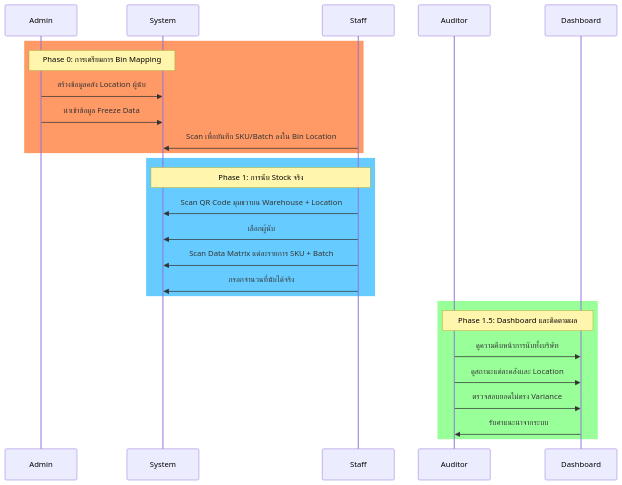
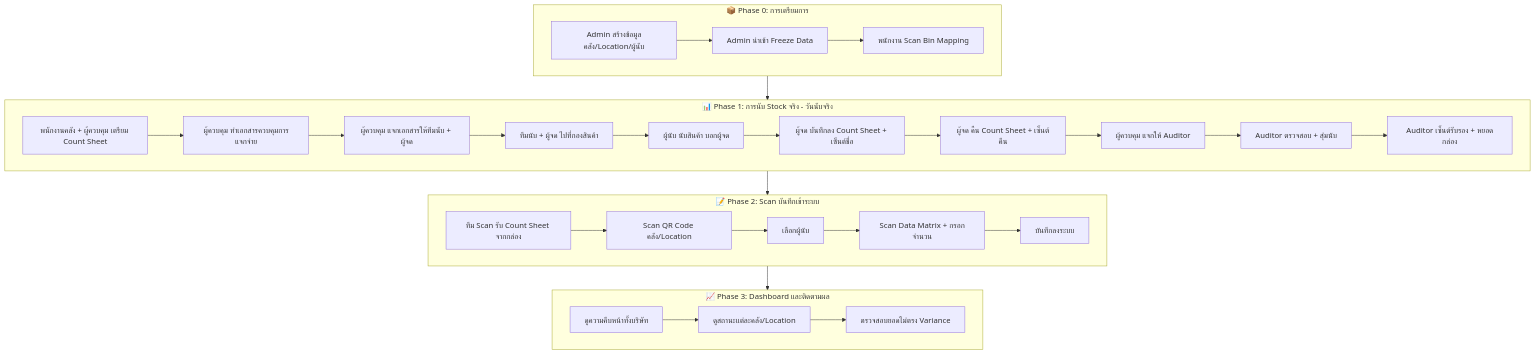
The first of 5 diagrams in user-manual.md (atchari/StockCountingAlm2025), drawn with Mermaid before and after one commit. The commit also changed other lines of this file and 85 other files, not shown here.

````diff
--- a/user-manual.md
+++ b/user-manual.md
@@ -53,31 +60,41 @@
 ```mermaid
-sequenceDiagram
-    participant Admin
-    participant System
-    participant Staff
-    participant Auditor
-    participant Dashboard
-    
-    rect rgb(255, 153, 102)
-    Note over Admin,System: Phase 0: การเตรียมการ Bin Mapping
-    Admin->>System: สร้างข้อมูลคลัง Location ผู้นับ
-    Admin->>System: นำเข้าข้อมูล Freeze Data
-    Staff->>System: Scan เพื่อบันทึก SKU/Batch ลงใน Bin Location
+flowchart TB
+    subgraph Phase0["📦 Phase 0: การเตรียมการ"]
+        A1[Admin สร้างข้อมูลคลัง/Location/ผู้นับ]
+        A2[Admin นำเข้า Freeze Data]
+        A3[พนักงาน Scan Bin Mapping]
+        A1 --> A2 --> A3
     end
     
-    rect rgb(102, 204, 255)
-    Note over Staff,System: Phase 1: การนับ Stock จริง
-    Staff->>System: Scan QR Code มุมขวาบน Warehouse + Location
-    Staff->>System: เลือกผู้นับ
-    Staff->>System: Scan Data Matrix แต่ละรายการ SKU + Batch
-    Staff->>System: กรอกจำนวนที่นับได้จริง
+    subgraph Phase1["📊 Phase 1: การนับ Stock จริง - วันนับจริง"]
+        B1[พนักงานคลัง + ผู้ควบคุม เตรียม Count Sheet]
+        B2[ผู้ควบคุม ทำเอกสารควบคุมการแจกจ่าย]
+        B3[ผู้ควบคุม แจกเอกสารให้ทีมนับ + ผู้จด]
+        B4[ทีมนับ + ผู้จด ไปที่กองสินค้า]
+        B5[ผู้นับ นับสินค้า บอกผู้จด]
+        B6[ผู้จด บันทึกลง Count Sheet + เซ็นต์ชื่อ]
+        B7[ผู้จด คืน Count Sheet + เซ็นต์คืน]
+        B8[ผู้ควบคุม แจกให้ Auditor]
+        B9[Auditor ตรวจสอบ + สุ่มนับ]
+        B10[Auditor เซ็นต์รับรอง + หยอดกล่อง]
+        B1 --> B2 --> B3 --> B4 --> B5 --> B6 --> B7 --> B8 --> B9 --> B10
     end
     
-    rect rgb(153, 255, 153)
-    Note over Auditor,Dashboard: Phase 1.5: Dashboard และติดตามผล
-    Auditor->>Dashboard: ดูความคืบหน้าการนับทั้งบริษัท
-    Auditor->>Dashboard: ดูสถานะแต่ละคลังและ Location
-    Auditor->>Dashboard: ตรวจสอบยอดไม่ตรง Variance
-    Dashboard->>Auditor: รับคำแนะนำจากระบบ
+    subgraph Phase2["📝 Phase 2: Scan บันทึกเข้าระบบ"]
+        C1[ทีม Scan รับ Count Sheet จากกล่อง]
+        C2[Scan QR Code คลัง/Location]
+        C3[เลือกผู้นับ]
+        C4[Scan Data Matrix + กรอกจำนวน]
+        C5[บันทึกลงระบบ]
+        C1 --> C2 --> C3 --> C4 --> C5
     end
+    
+    subgraph Phase3["📈 Phase 3: Dashboard และติดตามผล"]
+        D1[ดูความคืบหน้าทั้งบริษัท]
+        D2[ดูสถานะแต่ละคลัง/Location]
+        D3[ตรวจสอบยอดไม่ตรง Variance]
+        D1 --> D2 --> D3
+    end
+    
+    Phase0 --> Phase1 --> Phase2 --> Phase3
 ```
````
